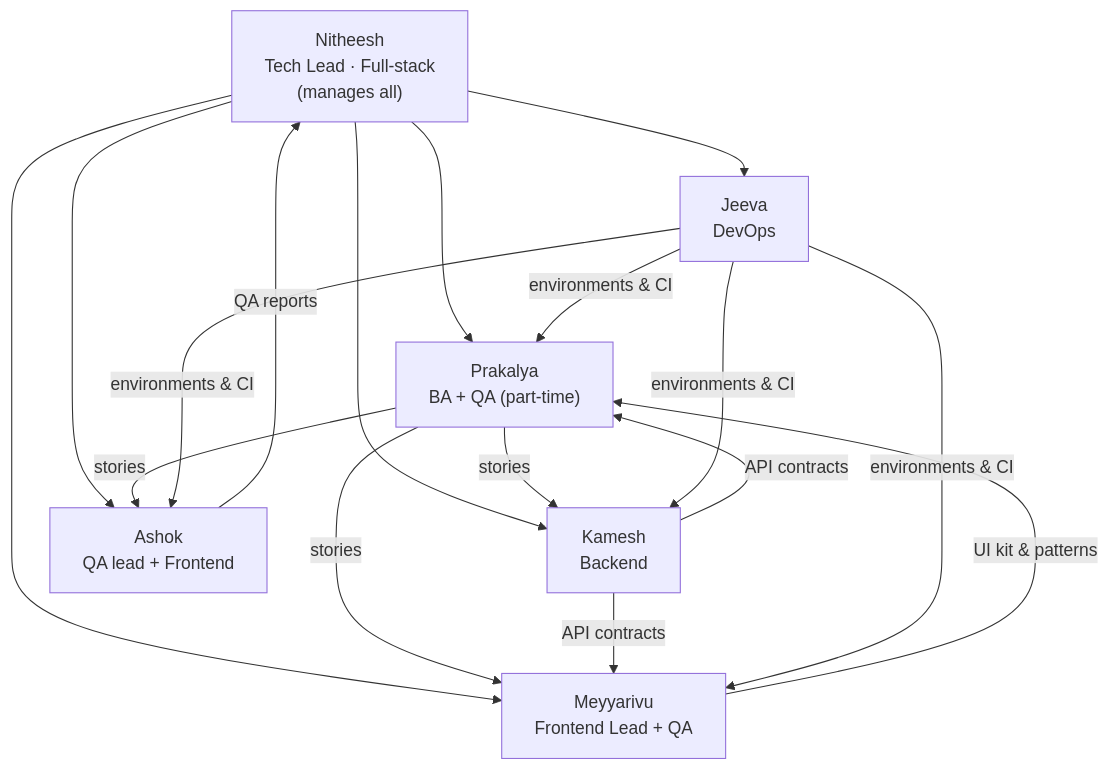
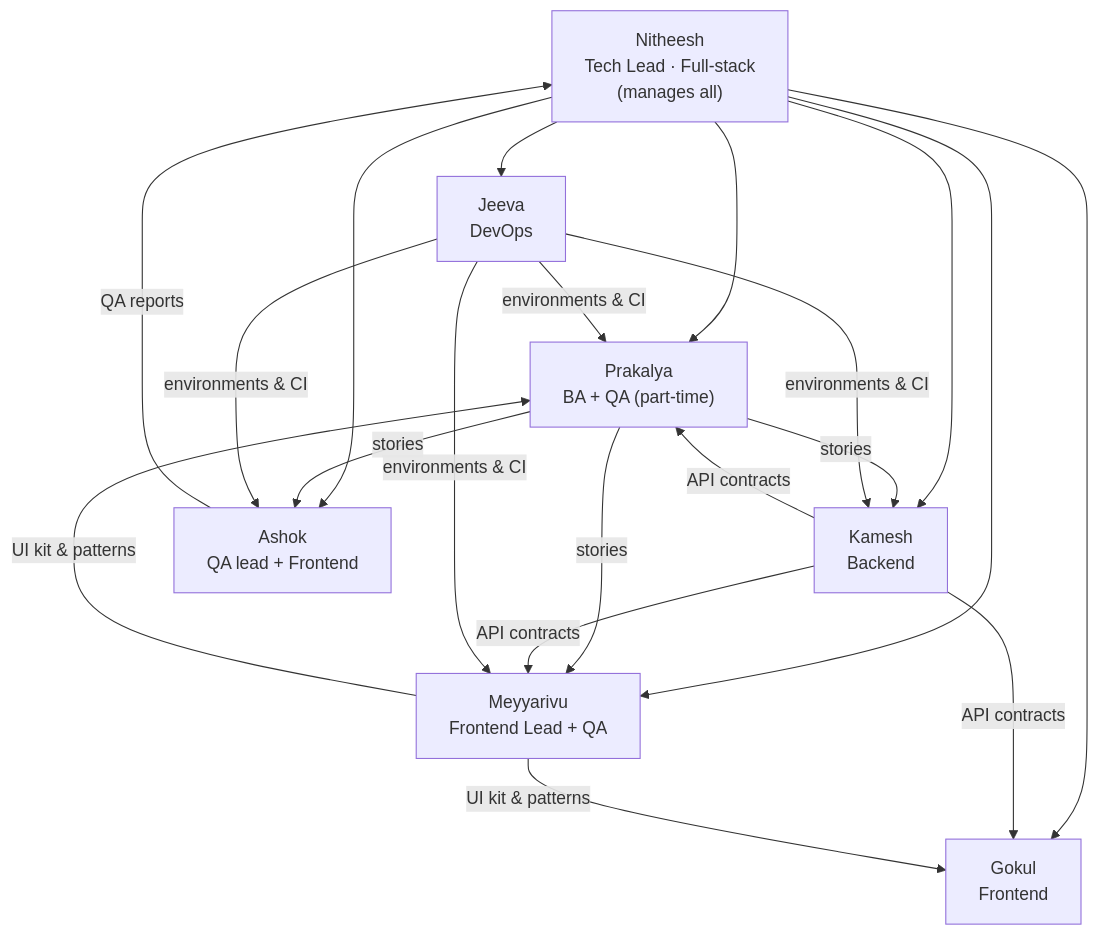
Before and after one commit to Setups-Works/medical-erp: the diagram in docs/team/TEAM_AND_OWNERSHIP.md, drawn with Mermaid. The commit also changed other lines of this file and 27 other files, not shown here.

First line of the commit message:
docs(team): onboard Gokul as frontend engineer and split screen ownership

````diff
--- a/docs/team/TEAM_AND_OWNERSHIP.md
+++ b/docs/team/TEAM_AND_OWNERSHIP.md
@@ -12,15 +12,16 @@
 ```mermaid
 flowchart TB
     N["Nitheesh<br/>Tech Lead · Full-stack<br/>(manages all)"]
     P["Prakalya<br/>BA + QA (part-time)"]
     K["Kamesh<br/>Backend"]
     M["Meyyarivu<br/>Frontend Lead + QA"]
     A["Ashok<br/>QA lead + Frontend"]
     J["Jeeva<br/>DevOps"]
-    N --> P & K & M & A & J
+    G["Gokul<br/>Frontend"]
+    N --> P & K & M & A & J & G
     P -- stories --> K & M & A
-    K -- API contracts --> M & P
-    M -- UI kit & patterns --> P
+    K -- API contracts --> M & P & G
+    M -- UI kit & patterns --> P & G
     A -- QA reports --> N
     J -- environments & CI --> K & M & P & A
 ```
````
